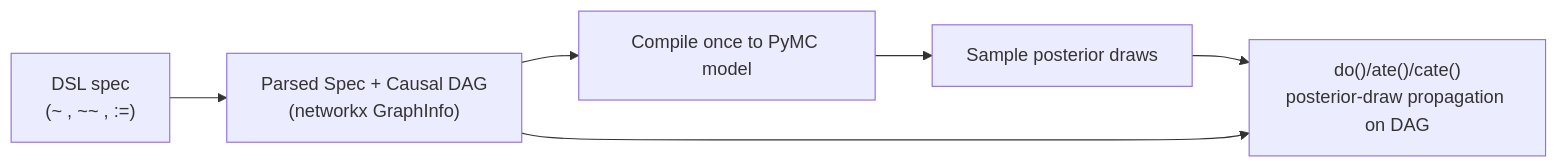
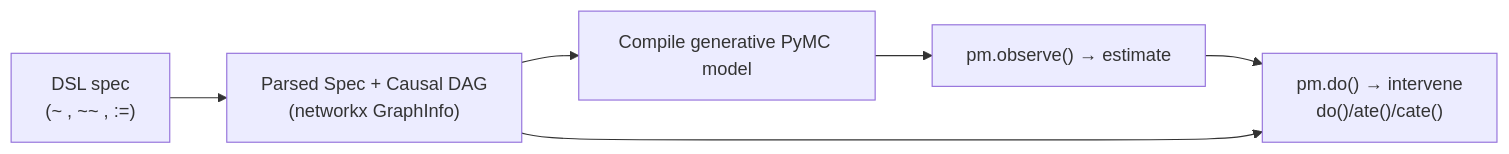
One commit to pymc-labs/pathmc changed the first of 2 diagrams in docs/intro.qmd. Above: the diagram before and after it, drawn with Mermaid. The commit also changed other lines of this file and 13 other files, not shown here.

First line of the commit message:
Generative model architecture with pm.do() for causal interventions

````diff
--- a/docs/intro.qmd
+++ b/docs/intro.qmd
@@ -19,8 +17,8 @@
 ```{mermaid}
 flowchart LR
   A["DSL spec<br/>(~ , ~~ , :=)"] --> B["Parsed Spec + Causal DAG<br/>(networkx GraphInfo)"]
-  B --> C["Compile once to PyMC model"]
-  C --> D["Sample posterior draws"]
-  D --> E["do()/ate()/cate()<br/>posterior-draw propagation on DAG"]
+  B --> C["Compile generative PyMC model"]
+  C --> D["pm.observe() → estimate"]
+  D --> E["pm.do() → intervene<br/>do()/ate()/cate()"]
   B --> E
 ```
````
